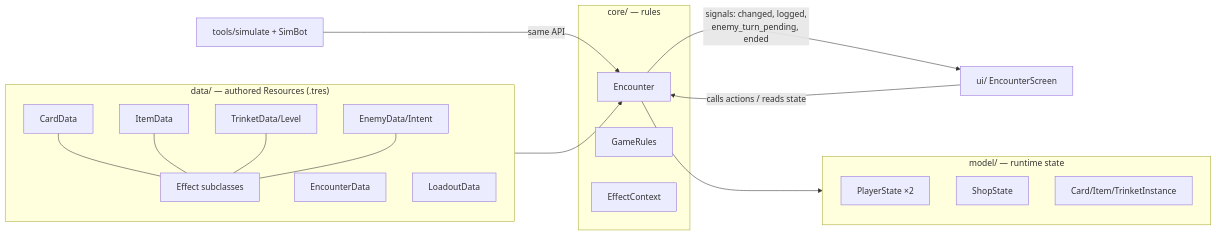
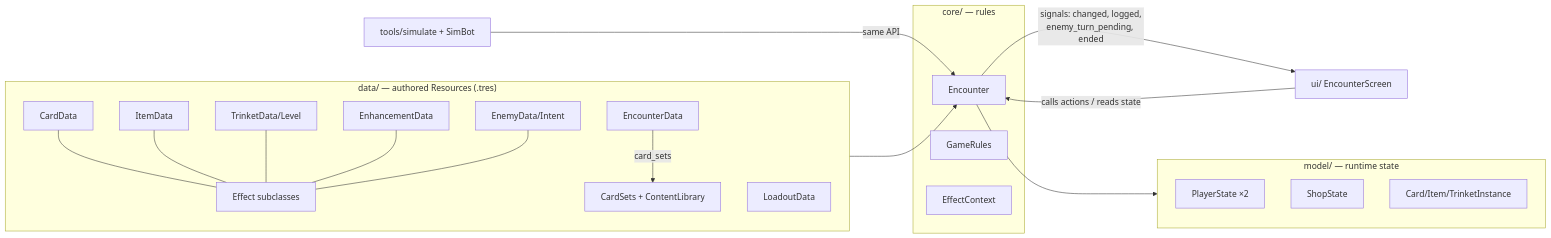
One commit to nimrodgo/untitled-game changed the first of 2 diagrams in docs/architecture.md. Above: the diagram before and after it, drawn with Mermaid. The commit also changed other lines of this file and 11 other files, not shown here.

````diff
--- a/docs/architecture.md
+++ b/docs/architecture.md
@@ -5,26 +5,27 @@
 ```mermaid
 flowchart LR
     subgraph Data["data/ — authored Resources (.tres)"]
       CD[CardData] --- EF[Effect subclasses]
       ID[ItemData] --- EF
       TD[TrinketData/Level] --- EF
+      EN[EnhancementData] --- EF
       ED[EnemyData/Intent] --- EF
-      ENC[EncounterData]
+      ENC[EncounterData] -- card_sets --> LIB[CardSets + ContentLibrary]
       LO[LoadoutData]
     end
     subgraph Model["model/ — runtime state"]
       PS[PlayerState ×2]
       SS[ShopState]
       INST[Card/Item/TrinketInstance]
     end
     subgraph Core["core/ — rules"]
       E[Encounter]
       GR[GameRules]
       CTX[EffectContext]
     end
     UI["ui/ EncounterScreen"] -- calls actions / reads state --> E
     SIM["tools/simulate + SimBot"] -- same API --> E
     E -- signals: changed, logged,<br/>enemy_turn_pending, ended --> UI
     E --> Model
     Data --> E
 ```
````
